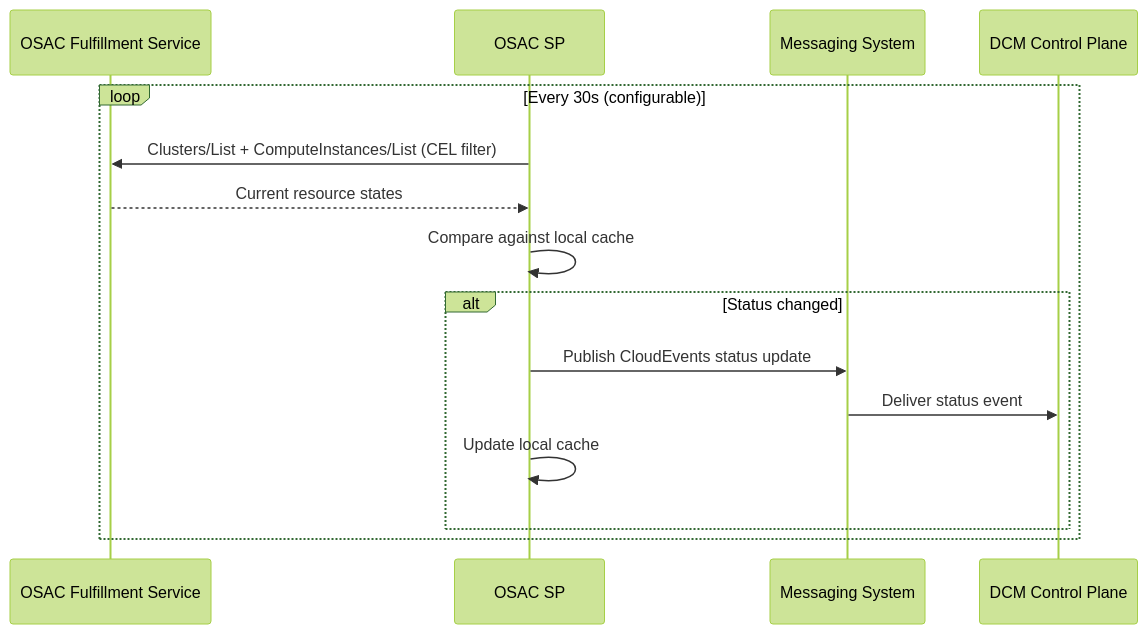
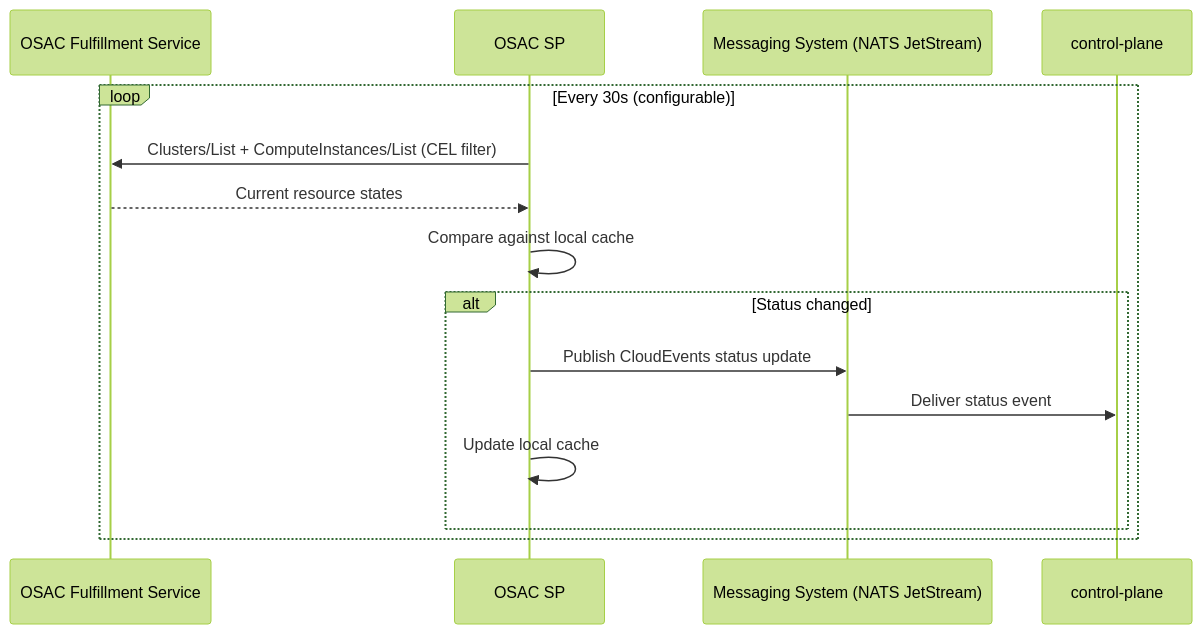
The fourth of 7 diagrams in enhancements/osac-sp/osac-sp.md (dcm-project/enhancements), drawn with Mermaid (forest theme) before and after one commit. The commit also changed other lines of this file, not shown here.

````diff
--- a/enhancements/osac-sp/osac-sp.md
+++ b/enhancements/osac-sp/osac-sp.md
@@ -327,18 +380,18 @@
 ```mermaid
 sequenceDiagram
     participant FS as OSAC Fulfillment Service
     participant SP as OSAC SP
-    participant MS as Messaging System
-    participant DCM as DCM Control Plane
+    participant MS as Messaging System (NATS JetStream)
+    participant CP as control-plane
 
     loop Every 30s (configurable)
         SP->>FS: Clusters/List + ComputeInstances/List (CEL filter)
         FS-->>SP: Current resource states
         SP->>SP: Compare against local cache
         alt Status changed
             SP->>MS: Publish CloudEvents status update
-            MS->>DCM: Deliver status event
+            MS->>CP: Deliver status event
             SP->>SP: Update local cache
         end
     end
 ```
````
